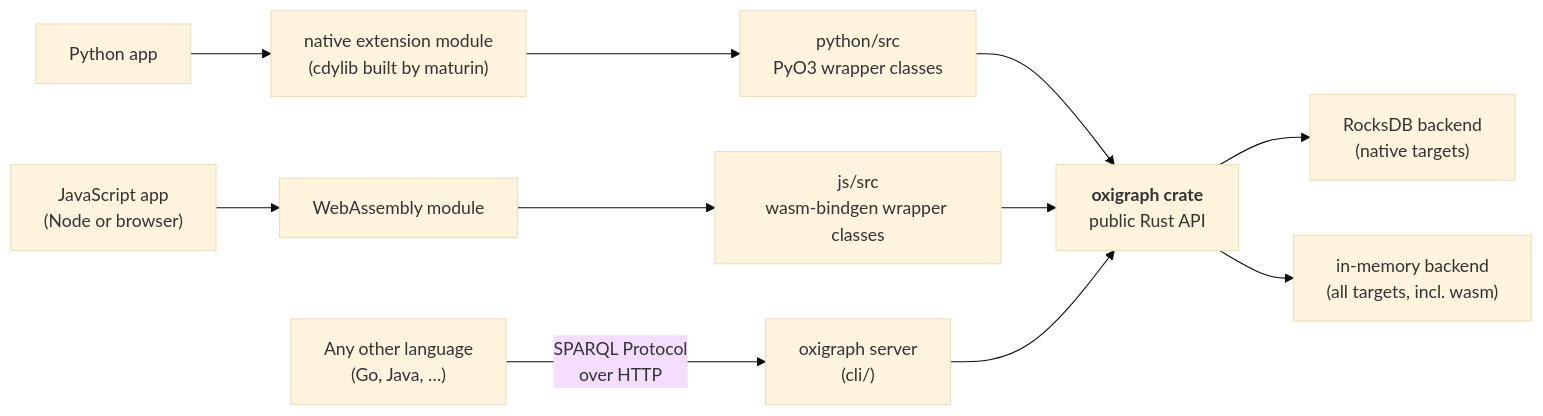
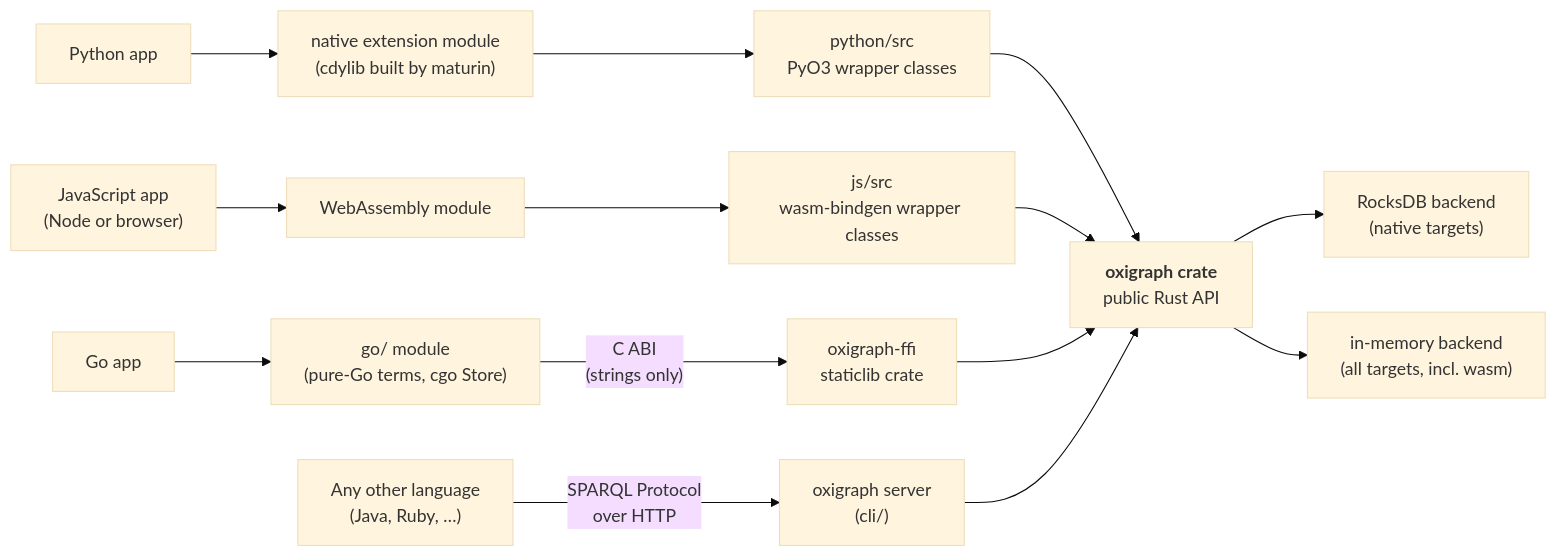
The diagram in docs/contributors/explanation/language-bindings.md (akeemphilbert/oxigraph), drawn with Mermaid (base theme) before and after one commit. The commit also changed other lines of this file and 5 other files, not shown here.

````diff
--- a/docs/contributors/explanation/language-bindings.md
+++ b/docs/contributors/explanation/language-bindings.md
@@ -25,13 +30,16 @@
 ```mermaid
 flowchart LR
     py["Python app"] --> pyext["native extension module<br/>(cdylib built by maturin)"]
     pyext --> pysrc["python/src<br/>PyO3 wrapper classes"]
     node["JavaScript app<br/>(Node or browser)"] --> wasm["WebAssembly module"]
     wasm --> jssrc["js/src<br/>wasm-bindgen wrapper classes"]
-    other["Any other language<br/>(Go, Java, …)"] -- "SPARQL Protocol<br/>over HTTP" --> server["oxigraph server<br/>(cli/)"]
+    goapp["Go app"] --> gomod["go/ module<br/>(pure-Go terms, cgo Store)"]
+    gomod -- "C ABI<br/>(strings only)" --> ffi["oxigraph-ffi<br/>staticlib crate"]
+    other["Any other language<br/>(Java, Ruby, …)"] -- "SPARQL Protocol<br/>over HTTP" --> server["oxigraph server<br/>(cli/)"]
     pysrc --> ox["<b>oxigraph crate</b><br/>public Rust API"]
     jssrc --> ox
+    ffi --> ox
     server --> ox
     ox --> rocks["RocksDB backend<br/>(native targets)"]
     ox --> mem["in-memory backend<br/>(all targets, incl. wasm)"]
 ```
````
